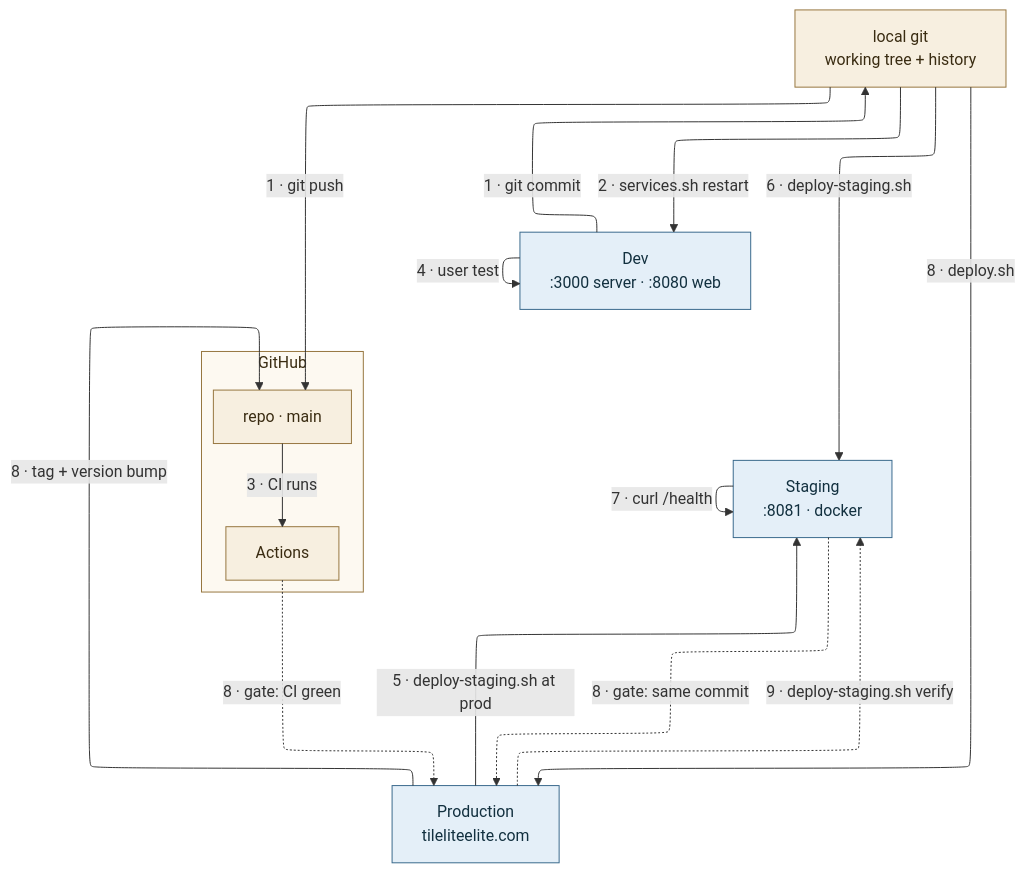
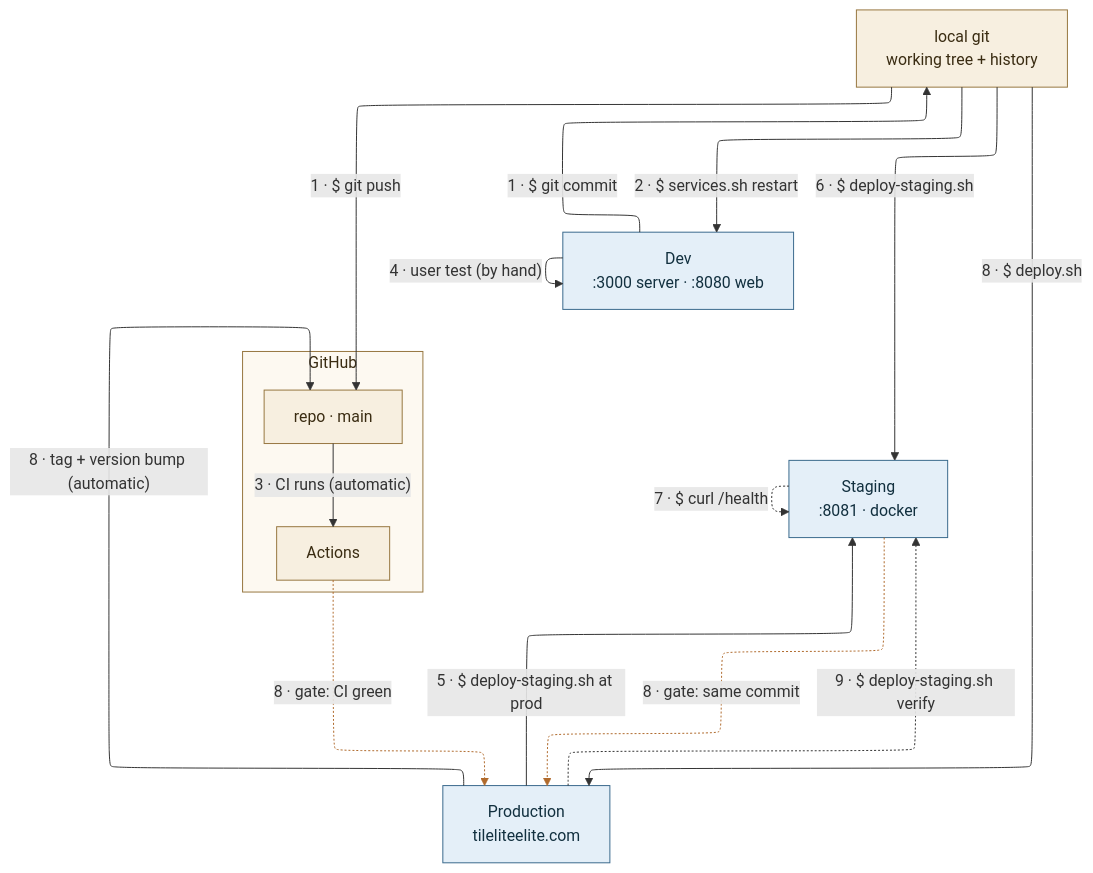
One commit to SteveStyle/scrabble-px changed the diagram in docs/diagrams/release-flow.mmd. Above: the diagram before and after it, drawn with Mermaid. The commit also changed 3 other files, not shown here.

First line of the commit message:
app 0.4.14 api 2.6: tell commands and gates apart on the release diagram

```diff
--- a/docs/diagrams/release-flow.mmd
+++ b/docs/diagrams/release-flow.mmd
@@ -1,37 +1,38 @@
 ---
 config:
   layout: elk
   elk:
     nodePlacementStrategy: BRANDES_KOEPF
 ---
 flowchart TB
     DEV["Dev<br/>:3000 server · :8080 web"]
     STG["Staging<br/>:8081 · docker"]
     PROD["Production<br/>tileliteelite.com"]
     LG["local git<br/>working tree + history"]
     subgraph GH["GitHub"]
         REPO["repo · main"]
         ACT["Actions"]
     end
 
     DEV ~~~ STG
     STG ~~~ PROD
-    DEV -->|"1 · git commit"| LG
-    LG -->|"1 · git push"| REPO
-    REPO -->|"3 · CI runs"| ACT
-    LG -->|"2 · services.sh restart"| DEV
-    LG -->|"6 · deploy-staging.sh"| STG
-    LG -->|"8 · deploy.sh"| PROD
-    DEV -->|"4 · user test"| DEV
-    STG -->|"7 · curl /health"| STG
-    PROD -->|"5 · deploy-staging.sh at prod"| STG
+    DEV -->|"1 · $ git commit"| LG
+    LG -->|"1 · $ git push"| REPO
+    REPO -->|"3 · CI runs (automatic)"| ACT
+    LG -->|"2 · $ services.sh restart"| DEV
+    LG -->|"6 · $ deploy-staging.sh"| STG
+    LG -->|"8 · $ deploy.sh"| PROD
+    DEV -->|"4 · user test (by hand)"| DEV
+    STG -.->|"7 · $ curl /health"| STG
+    PROD -->|"5 · $ deploy-staging.sh at prod"| STG
     ACT -.->|"8 · gate: CI green"| PROD
     STG -.->|"8 · gate: same commit"| PROD
-    PROD -->|"8 · tag + version bump"| REPO
-    PROD -.->|"9 · deploy-staging.sh verify"| STG
+    PROD -->|"8 · tag + version bump (automatic)"| REPO
+    PROD -.->|"9 · $ deploy-staging.sh verify"| STG
 
     classDef env fill:#e4eff8,stroke:#39698c,color:#12303f
     classDef repo fill:#f7efe0,stroke:#96763f,color:#3a2c12
     class DEV,STG,PROD env
     class LG,REPO,ACT repo
+    linkStyle 11,12 stroke:#b06a2c,color:#8a4b18
     style GH fill:#fdf9f1,stroke:#96763f,color:#3a2c12
```
